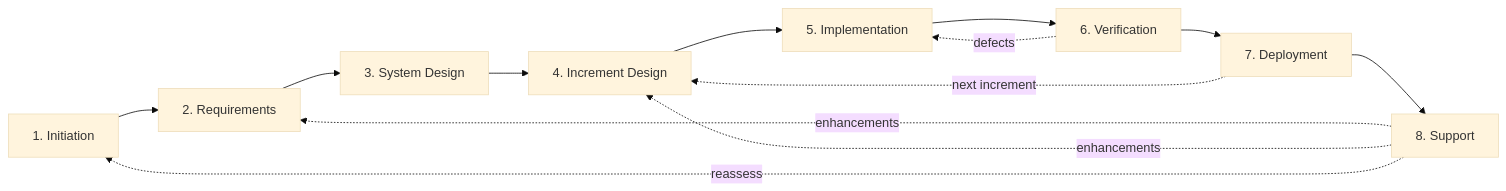
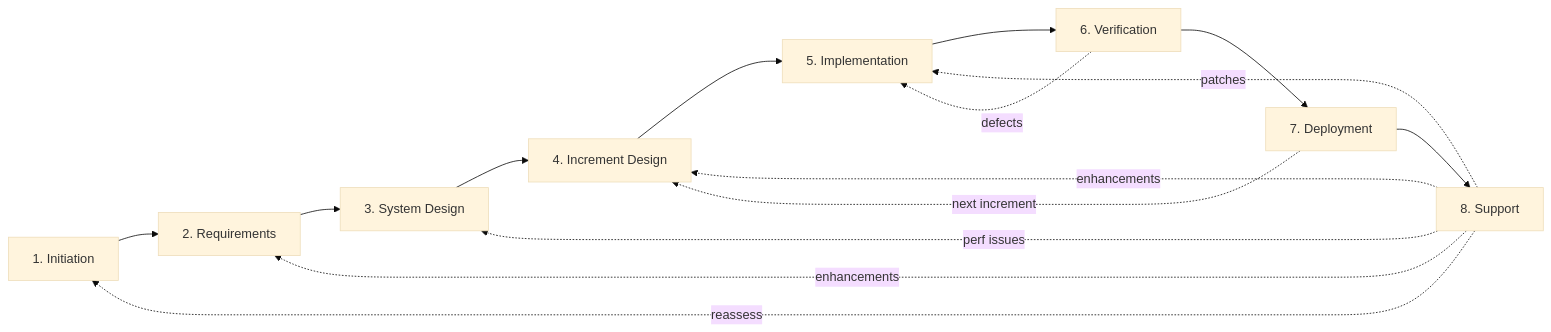
One commit to katawright/seichi-framework changed the diagram in guides/agentic-workflow.md. Above: the diagram before and after it, drawn with Mermaid (base theme). The commit also changed other lines of this file and 39 other files, not shown here.

````diff
--- a/guides/agentic-workflow.md
+++ b/guides/agentic-workflow.md
@@ -110,16 +110,18 @@
 ```mermaid
 flowchart LR
     Init[1. Initiation] --> Req[2. Requirements]
     Req --> SD[3. System Design]
     SD --> ID[4. Increment Design]
     ID --> Impl[5. Implementation]
     Impl --> Ver[6. Verification]
     Ver --> Dep[7. Deployment]
     Dep --> Sup[8. Support]
 
     Ver -.->|defects| Impl
     Dep -.->|next increment| ID
     Sup -.->|enhancements| Req
+    Sup -.->|perf issues| SD
     Sup -.->|enhancements| ID
+    Sup -.->|patches| Impl
     Sup -.->|reassess| Init
 ```
````
